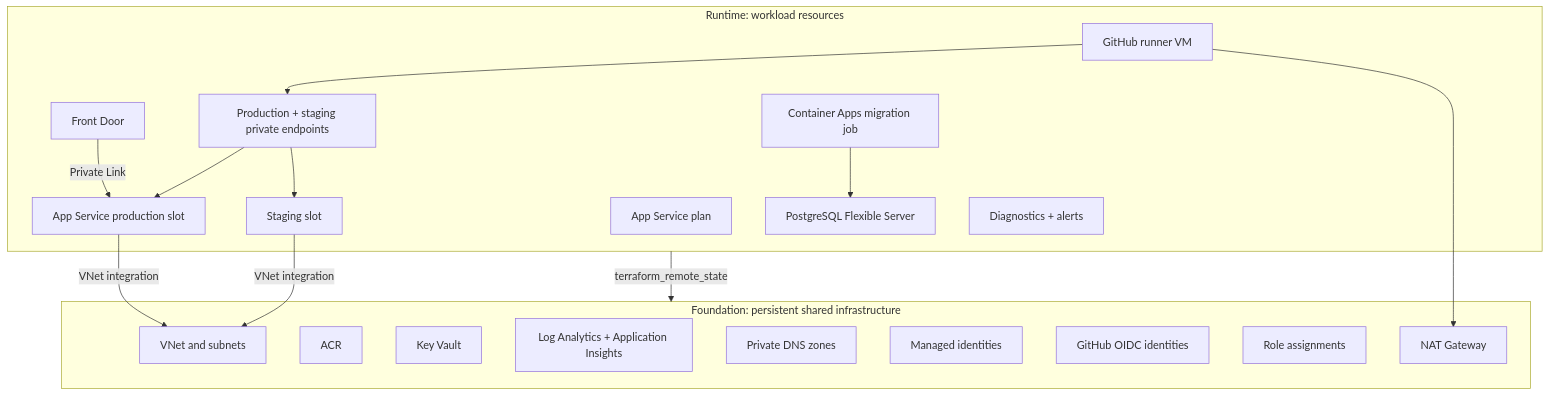
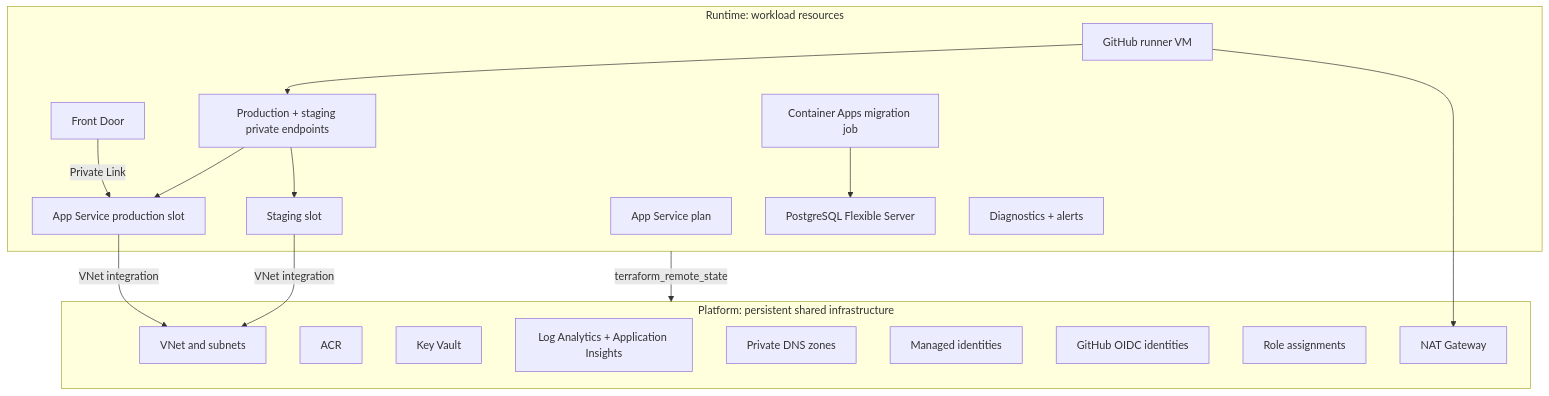
The diagram in docs/architecture/infrastructure-lifecycle.md (Lajahom123/devops-basics), drawn with Mermaid before and after one commit. The commit also changed other lines of this file and 44 other files, not shown here.

Commit message:
rename and migrate from "foundation" to "platform"

````diff
--- a/docs/architecture/infrastructure-lifecycle.md
+++ b/docs/architecture/infrastructure-lifecycle.md
@@ -7,36 +7,36 @@
 ```mermaid
 flowchart TD
-  subgraph Foundation["Foundation: persistent shared infrastructure"]
+  subgraph Platform["Platform: persistent shared infrastructure"]
     VNET["VNet and subnets"]
     ACR["ACR"]
     KV["Key Vault"]
     MON["Log Analytics + Application Insights"]
     DNS["Private DNS zones"]
     IDS["Managed identities"]
     OIDC["GitHub OIDC identities"]
     RBAC["Role assignments"]
     NAT["NAT Gateway"]
   end
 
   subgraph Runtime["Runtime: workload resources"]
     PLAN["App Service plan"]
     APP["App Service production slot"]
     SLOT["Staging slot"]
     PG["PostgreSQL Flexible Server"]
     CAJ["Container Apps migration job"]
     FD["Front Door"]
     PE["Production + staging private endpoints"]
     RUNNER["GitHub runner VM"]
     ALERTS["Diagnostics + alerts"]
   end
 
-  Runtime -->|"terraform_remote_state"| Foundation
+  Runtime -->|"terraform_remote_state"| Platform
   FD -->|"Private Link"| APP
   PE --> APP
   PE --> SLOT
   APP -->|"VNet integration"| VNET
   SLOT -->|"VNet integration"| VNET
   CAJ --> PG
   RUNNER --> PE
   RUNNER --> NAT
 ```
````
